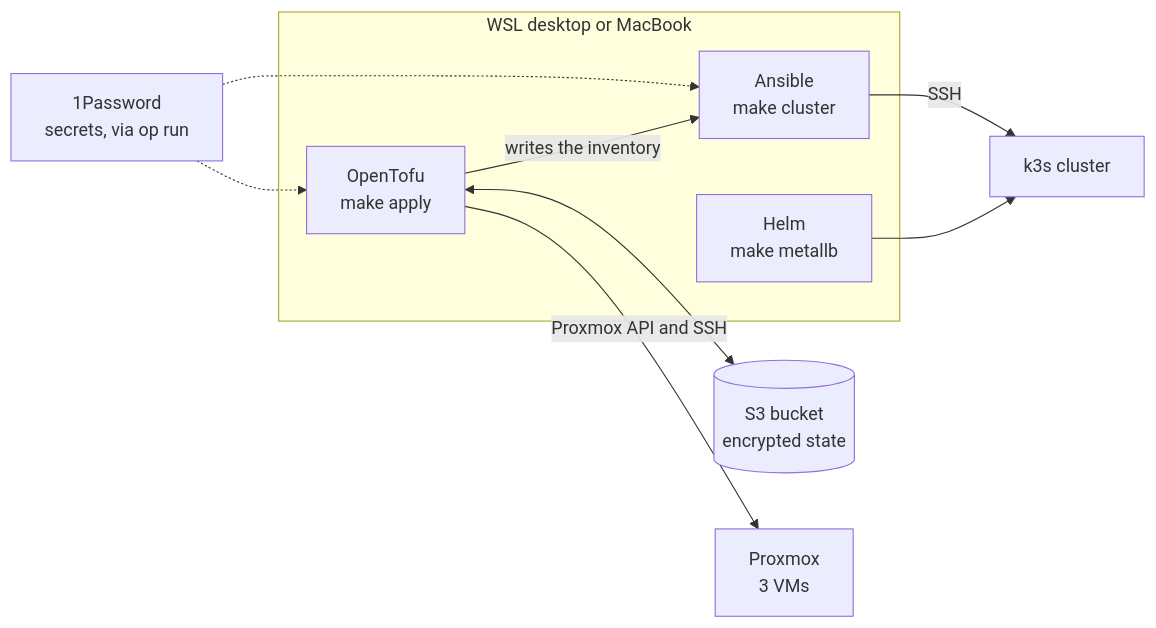
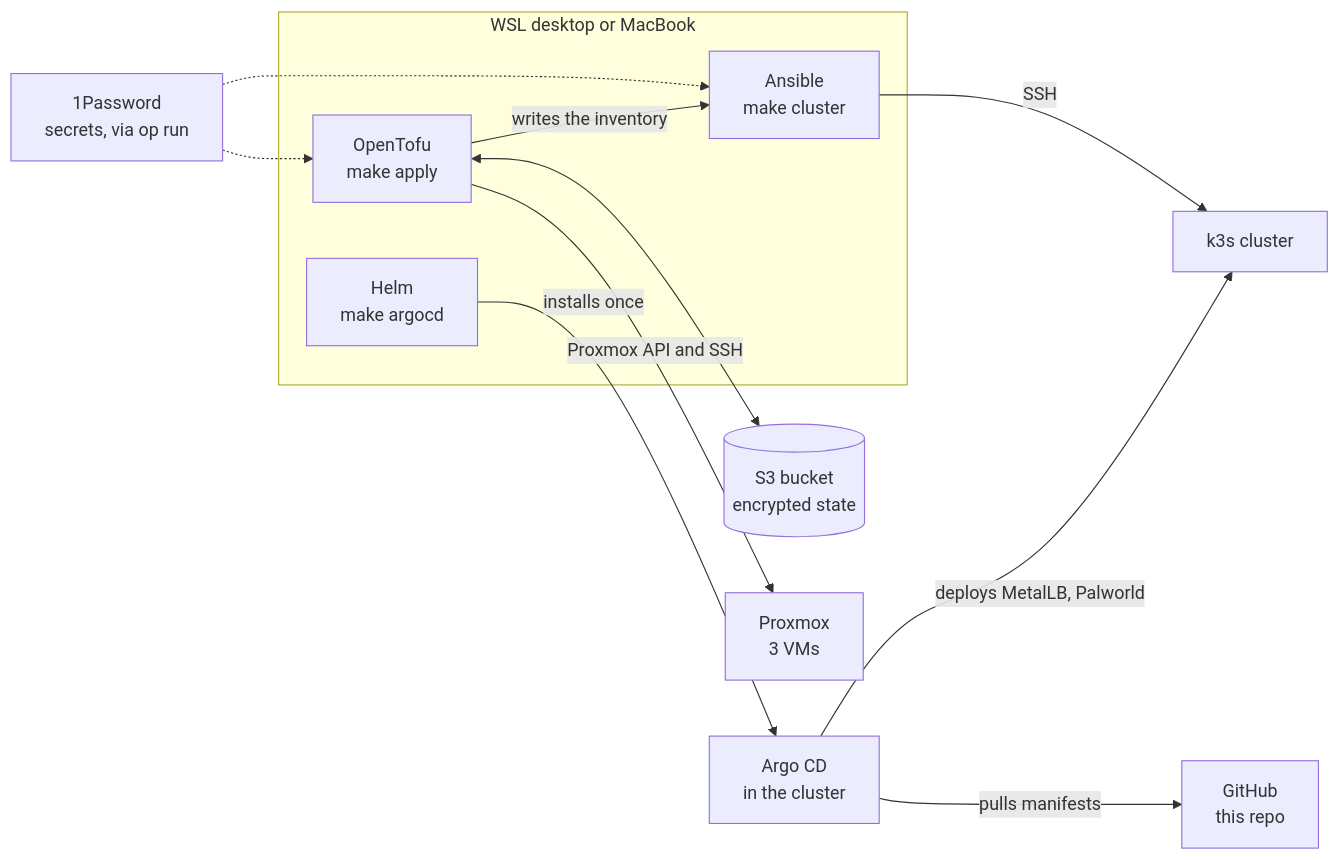
One commit to AustianoSC/homelab-infra changed the second of 2 diagrams in README.md. Above: the diagram before and after it, drawn with Mermaid. The commit also changed other lines of this file and 27 other files, not shown here.

Commit message:
feat: GitOps with Argo CD, Palworld manifests, hooks, docs

````diff
--- a/README.md
+++ b/README.md
@@ -35,22 +35,26 @@
 ```mermaid
 flowchart LR
   op["1Password<br/>secrets, via op run"]
 
   subgraph client["WSL desktop or MacBook"]
     tofu["OpenTofu<br/>make apply"]
     ans["Ansible<br/>make cluster"]
-    helm["Helm<br/>make metallb"]
+    helm["Helm<br/>make argocd"]
   end
 
   s3[("S3 bucket<br/>encrypted state")]
   vms["Proxmox<br/>3 VMs"]
   nodes["k3s cluster"]
+  argo["Argo CD<br/>in the cluster"]
+  gh["GitHub<br/>this repo"]
 
   op -.-> tofu
   op -.-> ans
   tofu <--> s3
   tofu -->|"Proxmox API and SSH"| vms
   tofu -->|"writes the inventory"| ans
   ans -->|"SSH"| nodes
-  helm --> nodes
+  helm -->|"installs once"| argo
+  argo -->|"pulls manifests"| gh
+  argo -->|"deploys MetalLB, Palworld"| nodes
 ```
````
